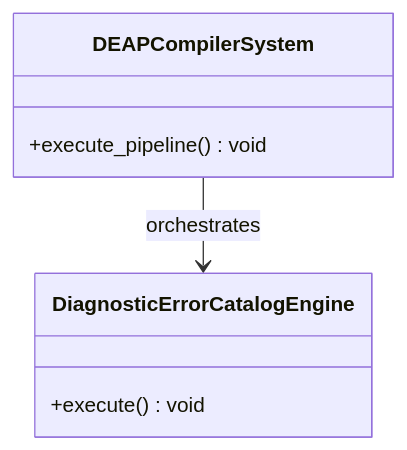
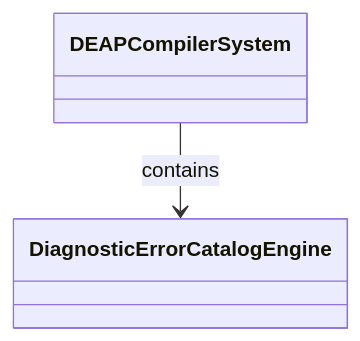
Before and after one commit to gintatkinson/dumpiler-01: the first of 2 diagrams in docs/epics/EPIC-13-Subsystem_11_Standardized_Diagnostic_Error_Catalog.md, drawn with Mermaid. The commit also changed other lines of this file and 101 other files, not shown here.

````diff
--- a/docs/epics/EPIC-13-Subsystem_11_Standardized_Diagnostic_Error_Catalog.md
+++ b/docs/epics/EPIC-13-Subsystem_11_Standardized_Diagnostic_Error_Catalog.md
@@ -51,10 +66,6 @@
 ```mermaid
 classDiagram
-    class DEAPCompilerSystem {
-        +execute_pipeline() void
-    }
-    class DiagnosticErrorCatalogEngine {
-        +execute() void
-    }
-    DEAPCompilerSystem --> DiagnosticErrorCatalogEngine : orchestrates
+    class DEAPCompilerSystem
+    class DiagnosticErrorCatalogEngine
+    DEAPCompilerSystem --> DiagnosticErrorCatalogEngine : contains
 ```
````
